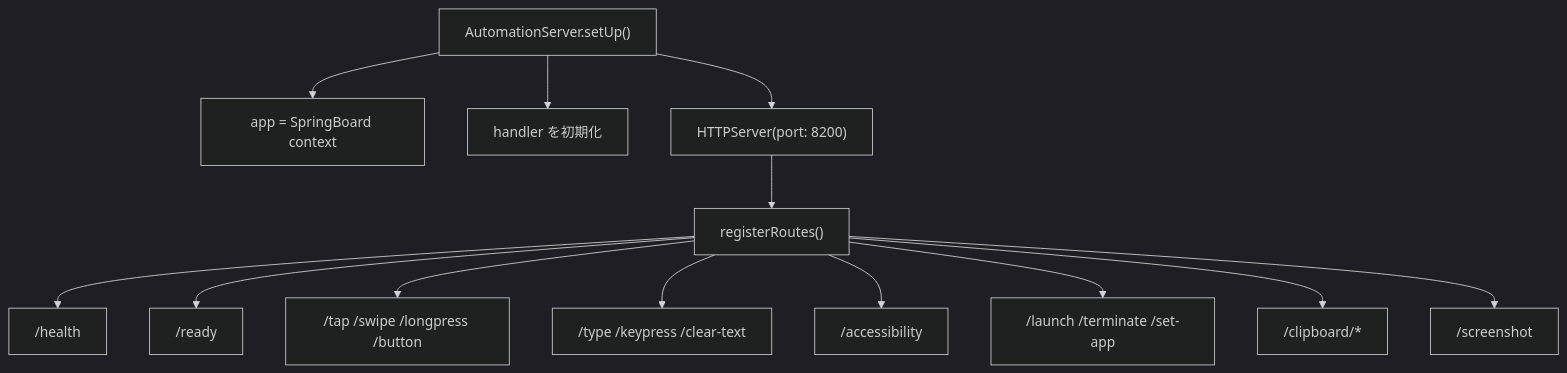
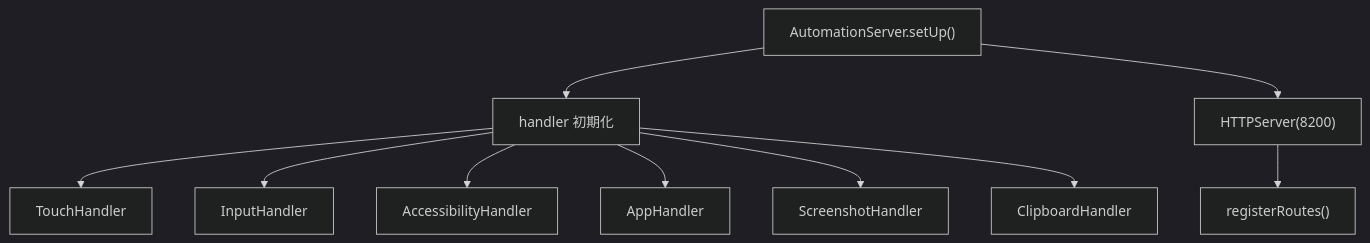
One commit to r0227n/agent-ios changed the third of 4 diagrams in docs/ios-runner.ja.md. Above: the diagram before and after it, drawn with Mermaid (dark theme). The commit also changed other lines of this file and 4 other files, not shown here.

````diff
--- a/docs/ios-runner.ja.md
+++ b/docs/ios-runner.ja.md
@@ -132,15 +169,12 @@
 ```mermaid
 graph TD
-    SETUP["AutomationServer.setUp()"] --> APP["app = SpringBoard context"]
-    SETUP --> INIT["handler を初期化"]
-    SETUP --> HTTP["HTTPServer(port: 8200)"]
-    HTTP --> ROUTES["registerRoutes()"]
-    ROUTES --> HEALTH["/health"]
-    ROUTES --> READY["/ready"]
-    ROUTES --> TOUCH["/tap /swipe /longpress /button"]
-    ROUTES --> INPUT["/type /keypress /clear-text"]
-    ROUTES --> AX["/accessibility"]
-    ROUTES --> LIFECYCLE["/launch /terminate /set-app"]
-    ROUTES --> CLIP["/clipboard/*"]
-    ROUTES --> SHOT["/screenshot"]
+    SETUP["AutomationServer.setUp()"] --> INIT["handler 初期化"]
+    SETUP --> SERVER["HTTPServer(8200)"]
+    INIT --> TOUCH["TouchHandler"]
+    INIT --> INPUT["InputHandler"]
+    INIT --> AX["AccessibilityHandler"]
+    INIT --> APP["AppHandler"]
+    INIT --> SHOT["ScreenshotHandler"]
+    INIT --> CLIP["ClipboardHandler"]
+    SERVER --> ROUTES["registerRoutes()"]
 ```
````
